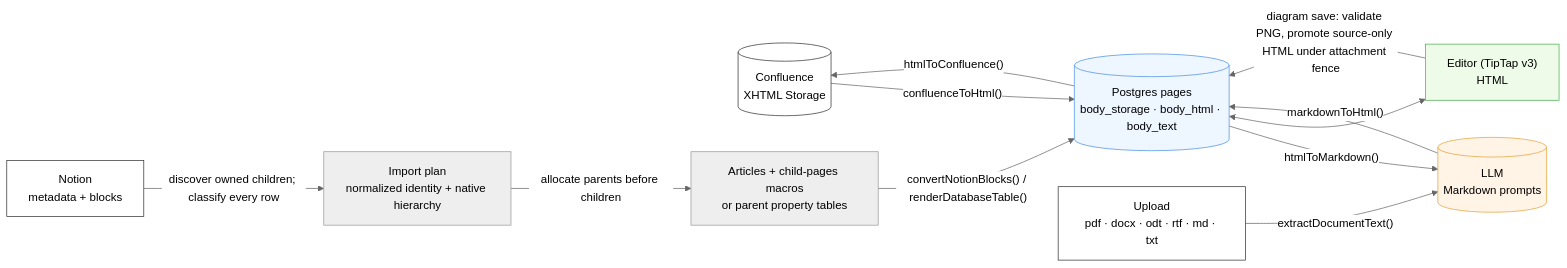
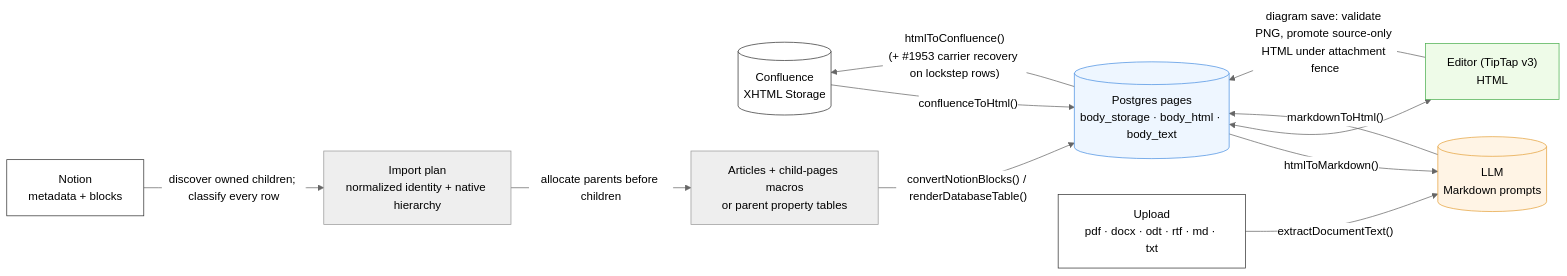
The first of 3 diagrams in docs/architecture/11-content-pipeline.md (Compendiq/compendiq-ce), drawn with Mermaid (neutral theme) before and after one commit. The commit also changed other lines of this file and 2 other files, not shown here.

First line of the commit message:
docs(content): reconcile carrier write-back docs with the #1953 writers (#1953)

````diff
--- a/docs/architecture/11-content-pipeline.md
+++ b/docs/architecture/11-content-pipeline.md
@@ -52,34 +52,34 @@
 ```mermaid
 flowchart LR
     CF[("Confluence<br/>XHTML Storage")]
     DB[("Postgres pages<br/>body_storage · body_html · body_text")]
     LLM[("LLM<br/>Markdown prompts")]
     ED["Editor (TipTap v3)<br/>HTML"]
 
     UP["Upload<br/>pdf · docx · odt · rtf · md · txt"]
     NT["Notion<br/>metadata + blocks"]
     NP["Import plan<br/>normalized identity + native hierarchy"]
     NC["Articles + child-pages macros<br/>or parent property tables"]
 
     CF -- "confluenceToHtml()" --> DB
-    DB -- "htmlToConfluence()" --> CF
+    DB -- "htmlToConfluence()<br/>(+ #1953 carrier recovery on lockstep rows)" --> CF
     DB -- "htmlToMarkdown()" --> LLM
     LLM -- "markdownToHtml()" --> DB
     DB <--> ED
     ED -- "diagram save: validate PNG, promote source-only HTML under attachment fence" --> DB
     UP -- "extractDocumentText()" --> LLM
     NT -- "discover owned children; classify every row" --> NP
     NP -- "allocate parents before children" --> NC
     NC -- "convertNotionBlocks() / renderDatabaseTable()" --> DB
 
     classDef ext fill:#fff,stroke:#333
     classDef data fill:#eef6ff,stroke:#4a90e2
     classDef ai fill:#fff4e5,stroke:#e5a23c
     classDef ui fill:#eefbe8,stroke:#4caf50
     class CF ext
     class UP ext
     class NT ext
     class DB data
     class LLM ai
     class ED ui
 ```
````
